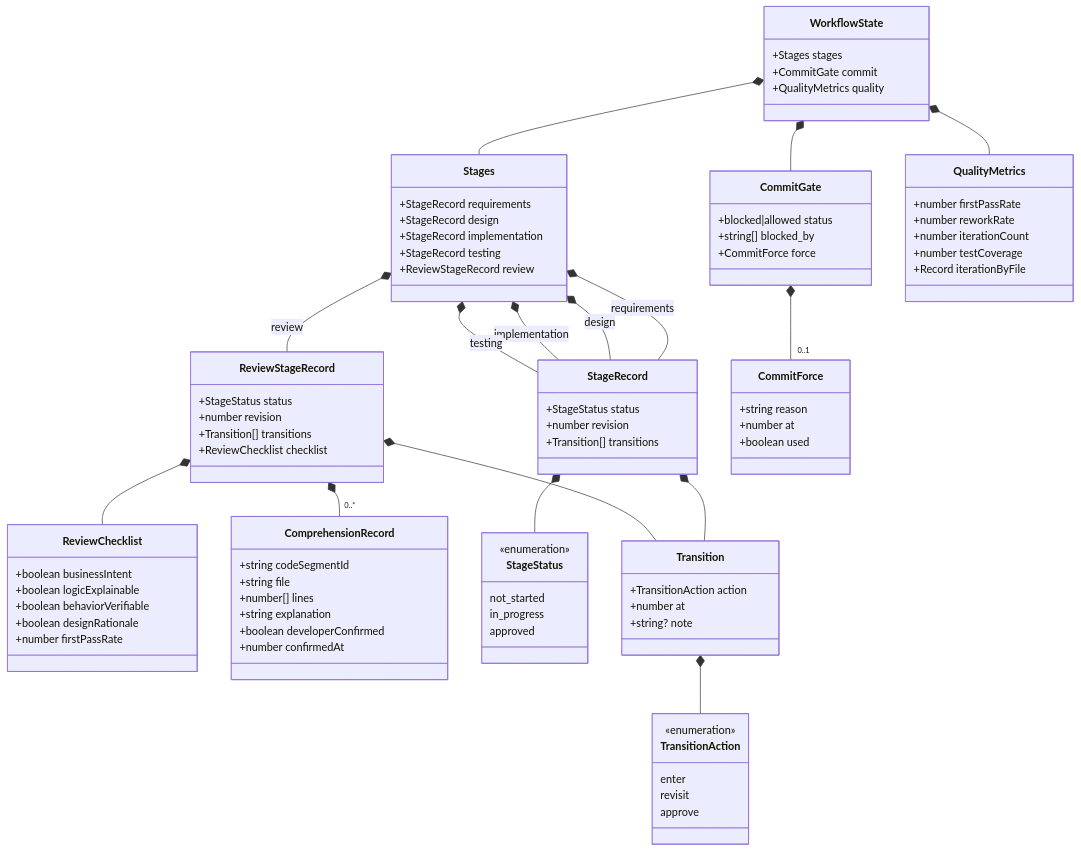
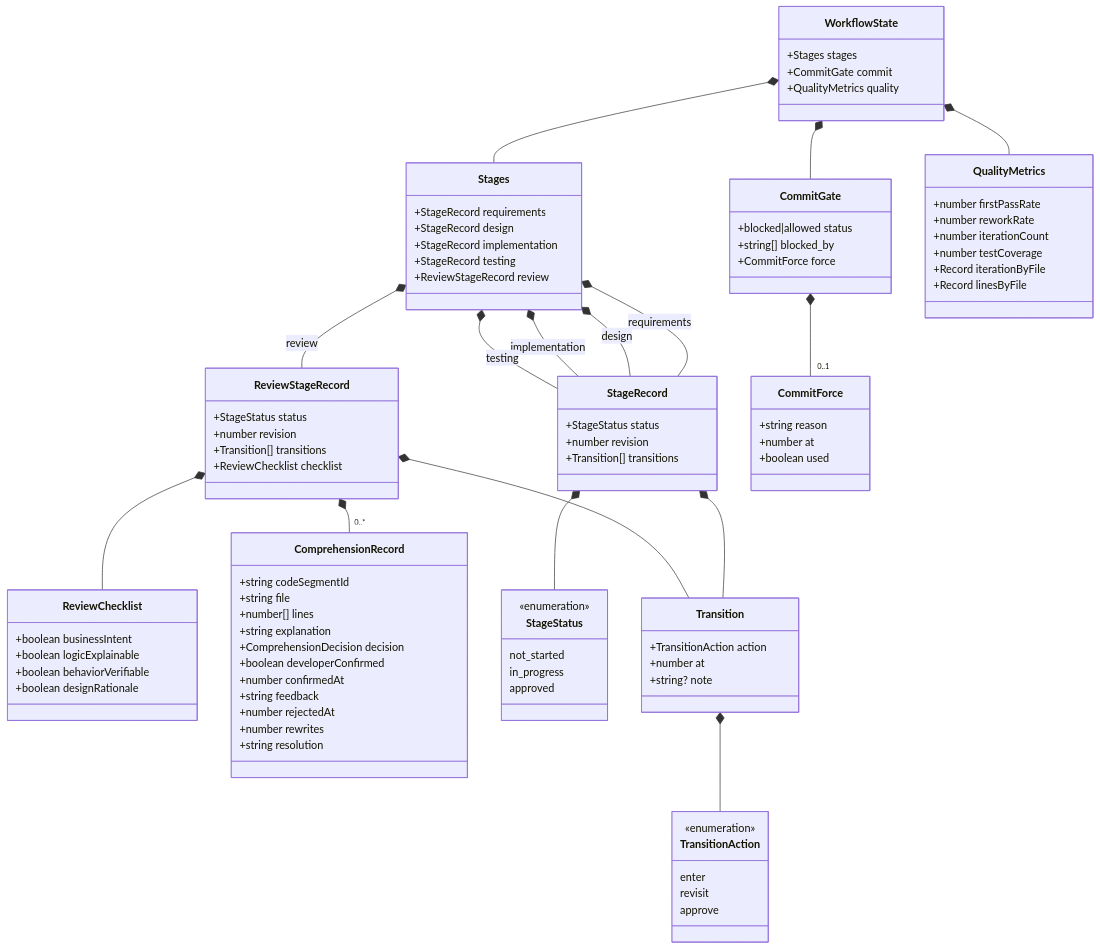
Before and after one commit to wonglaitung/opencode: the eighth of 15 diagrams in opencode-session-mgmt/docs/session-management.md, drawn with Mermaid. The commit also changed other lines of this file, not shown here.

```diff
--- a/opencode-session-mgmt/docs/session-management.md
+++ b/opencode-session-mgmt/docs/session-management.md
@@ -444,7 +444,6 @@
         +boolean logicExplainable
         +boolean behaviorVerifiable
         +boolean designRationale
-        +number firstPassRate
     }
 
     class ComprehensionRecord {
@@ -452,8 +451,13 @@
         +string file
         +number[] lines
         +string explanation
+        +ComprehensionDecision decision
         +boolean developerConfirmed
         +number confirmedAt
+        +string feedback
+        +number rejectedAt
+        +number rewrites
+        +string resolution
     }
 
     class StageStatus {
@@ -494,6 +498,7 @@
         +number iterationCount
         +number testCoverage
         +Record iterationByFile
+        +Record linesByFile
     }
 
     WorkflowState *-- Stages
```
